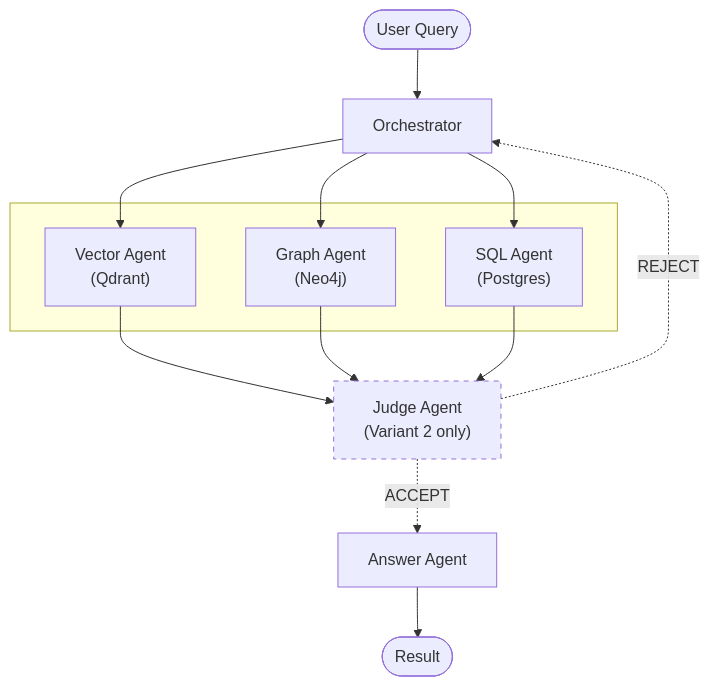
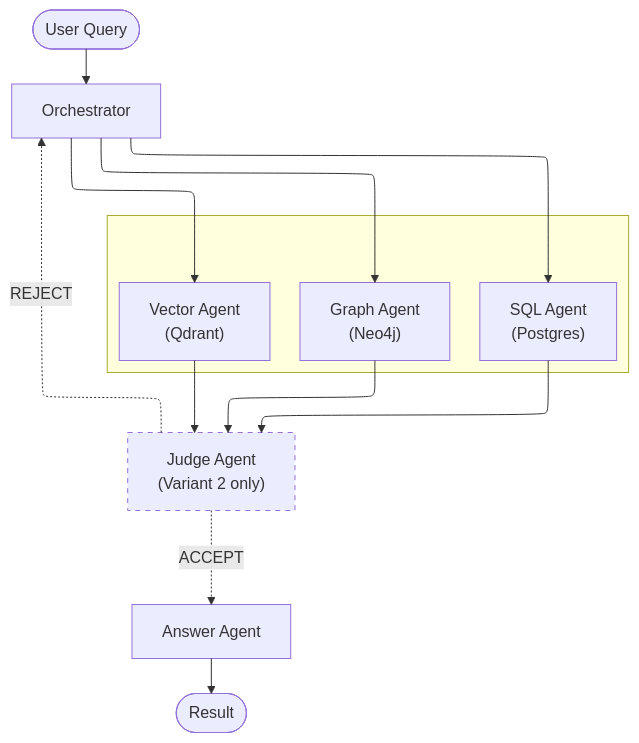
Before and after one commit to ptrick13/HybridRAG: the diagram in README.md, drawn with Mermaid.

Commit message:
Refine architecture diagram

````diff
--- a/README.md
+++ b/README.md
@@ -14,20 +14,24 @@
 ```mermaid
+---
+config:
+  layout: elk
+---
 flowchart TD
     Q([User Query]) --> O["Orchestrator"]
 
     subgraph PAR[" "]
         V["Vector Agent\n(Qdrant)"]
         G["Graph Agent\n(Neo4j)"]
         S["SQL Agent\n(Postgres)"]
     end
 
     O --> V & G & S
     V & G & S --> J["Judge Agent\n(Variant 2 only)"]:::v2only
 
     J -.->|"ACCEPT"| A["Answer Agent"]
     J -.->|"REJECT"| O
 
     A --> E([Result])
 
     classDef v2only stroke-dasharray: 5 5
 ```
````
